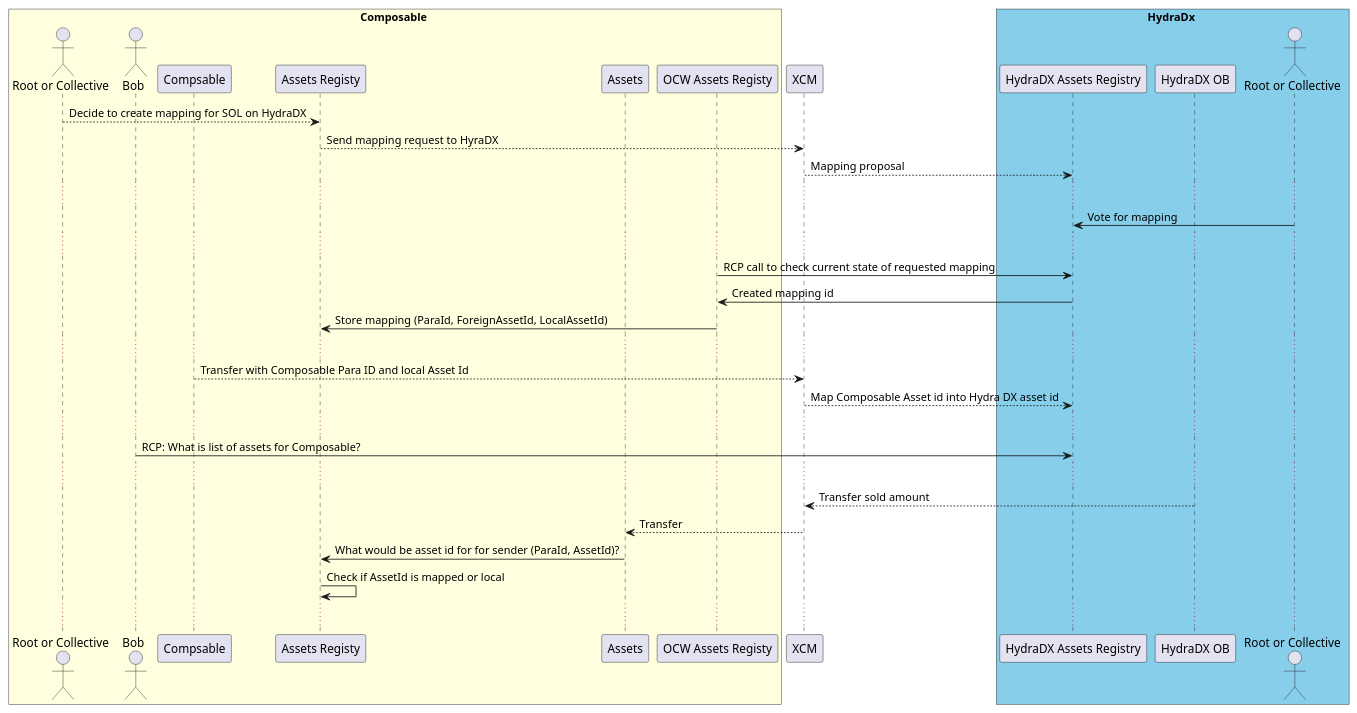
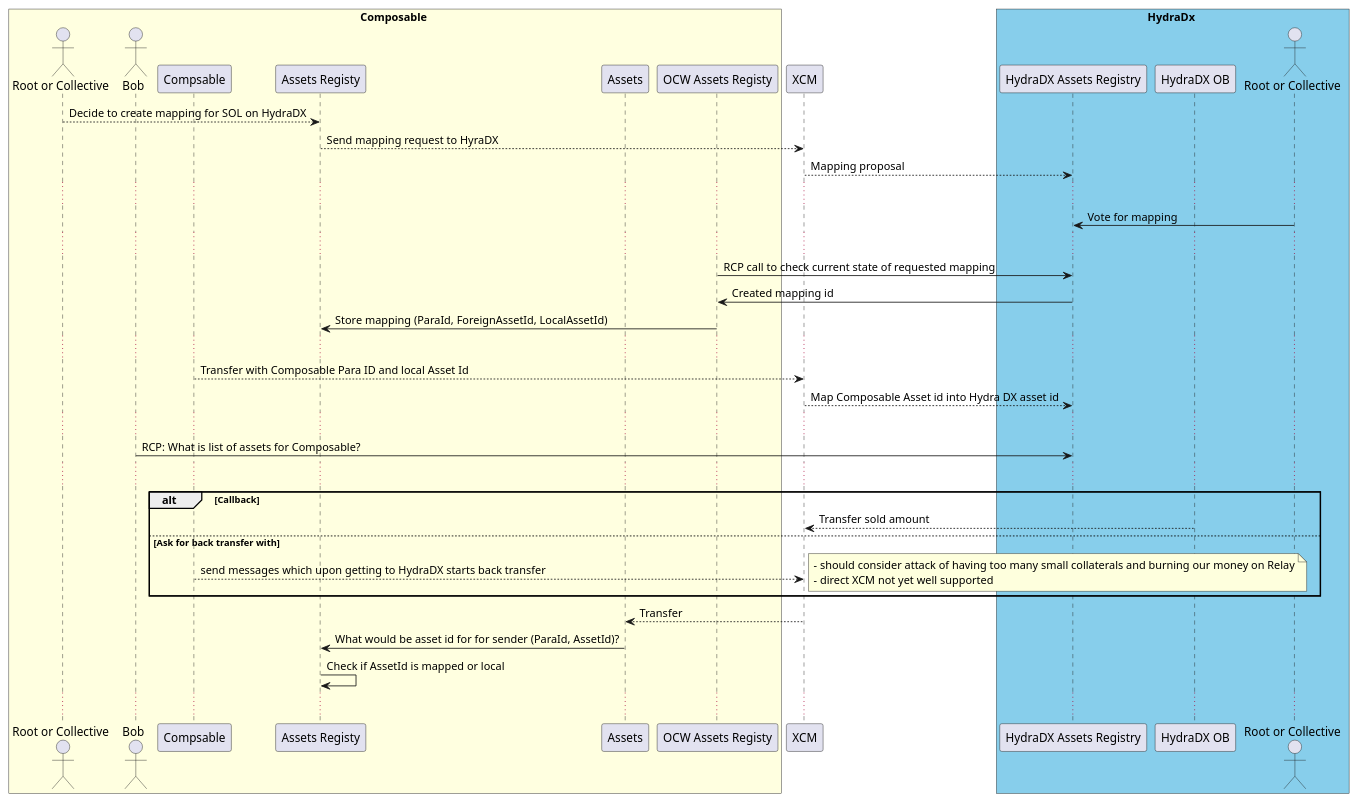
Before and after one commit to gamedaoco/composable: the diagram in frame/assets-registry/mapping.plantuml, drawn with PlantUML.

Commit message:
added comment about back transfer

```diff
--- a/frame/assets-registry/mapping.plantuml
+++ b/frame/assets-registry/mapping.plantuml
@@ -1,66 +1,75 @@
 @startuml
 
 box Composable #LightYellow
   actor "Root or Collective" as composable_authority
   actor "Bob" as bob
   participant "Compsable" as composable
   participant "Assets Registy" as assets_registry_pallet
   participant "Assets" as assets_pallet
   participant "OCW Assets Registy" as assets_registry_ocw
 
 
 end box
 
 participant XCM as xcm
 
 box HydraDx #SkyBlue
   participant "HydraDX Assets Registry" as assets_registry_hydra_dx
   participant "HydraDX OB" as dex
   actor "Root or Collective" as hydra_dx_authority
 end box
 
 composable_authority --> assets_registry_pallet : Decide to create mapping for SOL on HydraDX
 
 assets_registry_pallet --> xcm: Send mapping request to HyraDX
 
 xcm --> assets_registry_hydra_dx : Mapping proposal
 
 ...
 
 
 hydra_dx_authority -> assets_registry_hydra_dx : Vote for mapping
 
 
 ...
 
 assets_registry_ocw -> assets_registry_hydra_dx : RCP call to check current state of requested mapping
 
 assets_registry_hydra_dx -> assets_registry_ocw: Created mapping id
 
 assets_registry_ocw -> assets_registry_pallet: Store mapping (ParaId, ForeignAssetId, LocalAssetId)
 
 ...
 
 composable --> xcm: Transfer with Composable Para ID and local Asset Id
 
 xcm --> assets_registry_hydra_dx : Map Composable Asset id into Hydra DX asset id
 
 
 ...
 
 bob -> assets_registry_hydra_dx : RCP: What is list of assets for Composable?
 
 ...
 
 
-dex --> xcm: Transfer sold amount
+
+alt Callback
+  dex --> xcm: Transfer sold amount
+else Ask for back transfer with
+  composable --> xcm: send messages which upon getting to HydraDX starts back transfer
+  note right
+    - should consider attack of having too many small collaterals and burning our money on Relay
+    - direct XCM not yet well supported
+  end note
+end
 
 xcm --> assets_pallet : Transfer
 
 assets_pallet -> assets_registry_pallet : What would be asset id for for sender (ParaId, AssetId)?
 
 assets_registry_pallet -> assets_registry_pallet: Check if AssetId is mapped or local
 
 ...
 
 @enduml
```
